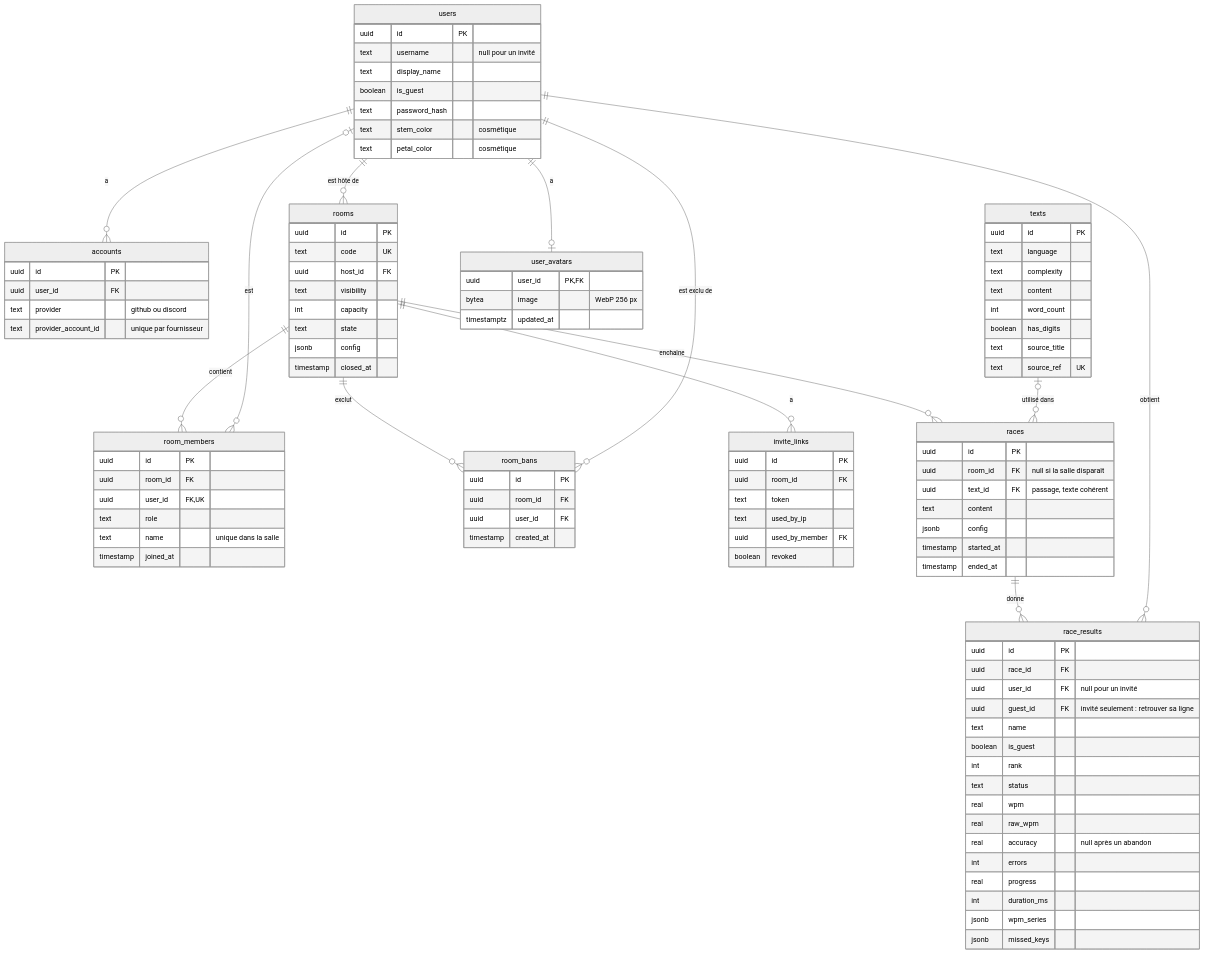
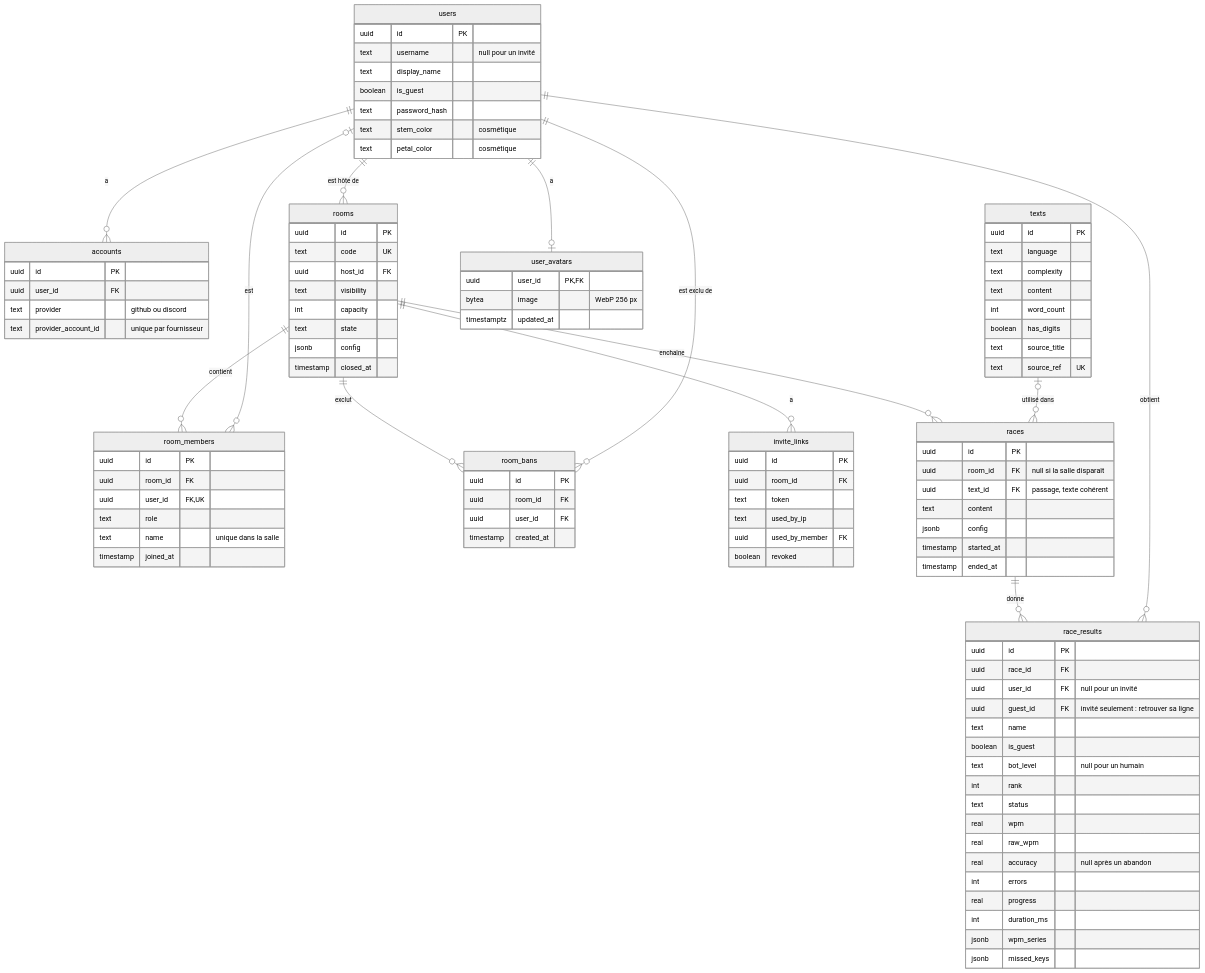
The first of 2 diagrams in docs/ARCHITECTURE.md (Onyyx256/typeracer), drawn with Mermaid (neutral theme) before and after one commit. The commit also changed 4 other files, not shown here.

First line of the commit message:
feat: race_results.bot_level marks a bot's row

```diff
--- a/docs/ARCHITECTURE.md
+++ b/docs/ARCHITECTURE.md
@@ -97,6 +97,7 @@
         uuid guest_id FK "invité seulement : retrouver sa ligne"
         text name
         boolean is_guest
+        text bot_level "null pour un humain"
         int rank
         text status
         real wpm
```
